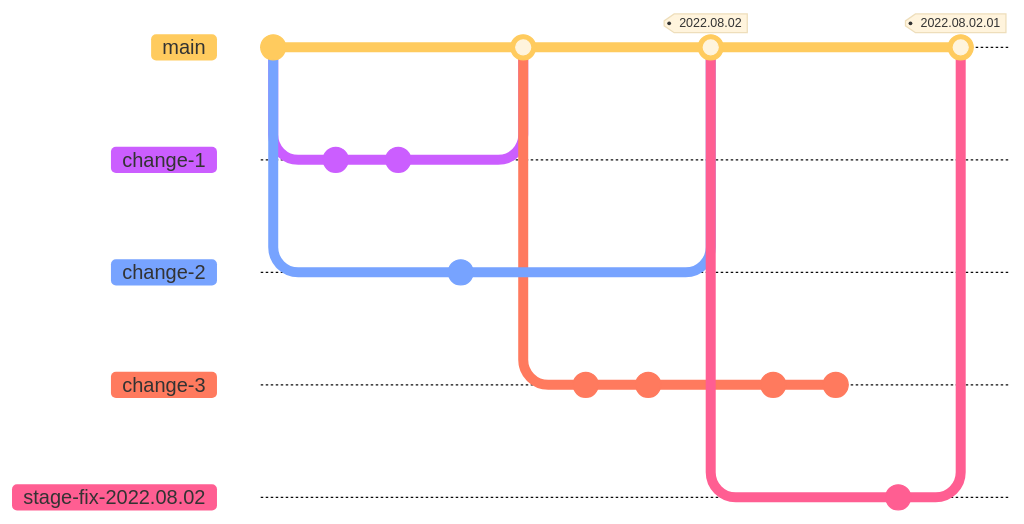
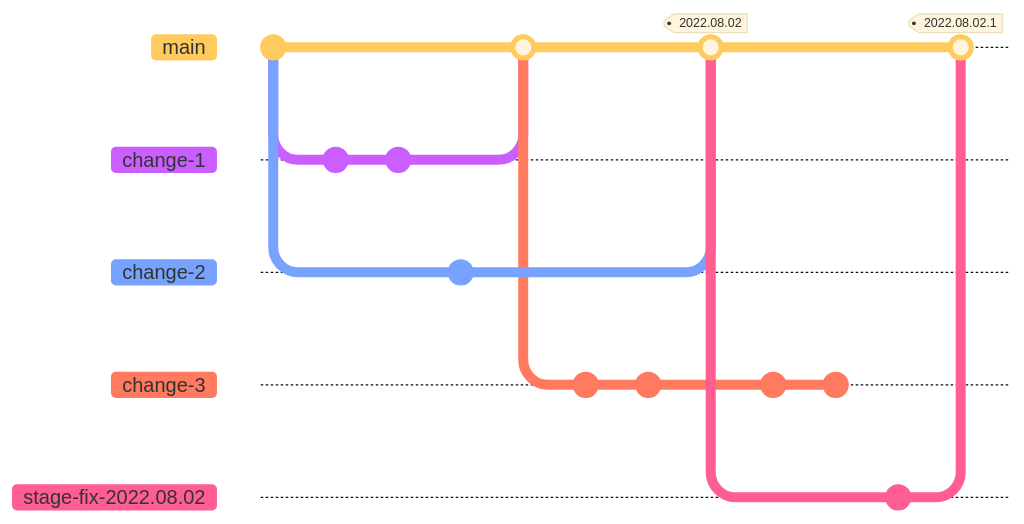
Before and after one commit to mozilla/fx-private-relay: the fourth of 6 diagrams in docs/release_process.md, drawn with Mermaid. The commit also changed other lines of this file, not shown here. Commit ids are hidden.

````diff
--- a/docs/release_process.md
+++ b/docs/release_process.md
@@ -175,26 +175,26 @@
 ```mermaid
 %%{init: { 'theme': 'base' } }%%
     gitGraph
        commit
        branch change-1
        commit
        commit
        checkout main
        branch change-2
        commit
        checkout main
        merge change-1
        branch change-3
        commit
        commit
        checkout main
        merge change-2 tag: "2022.08.02"
        checkout change-3
        commit
        commit
        checkout main
        branch stage-fix-2022.08.02
        commit
        checkout main
-       merge stage-fix-2022.08.02 tag: "2022.08.02.01"
+       merge stage-fix-2022.08.02 tag: "2022.08.02.1"
 ```
````
